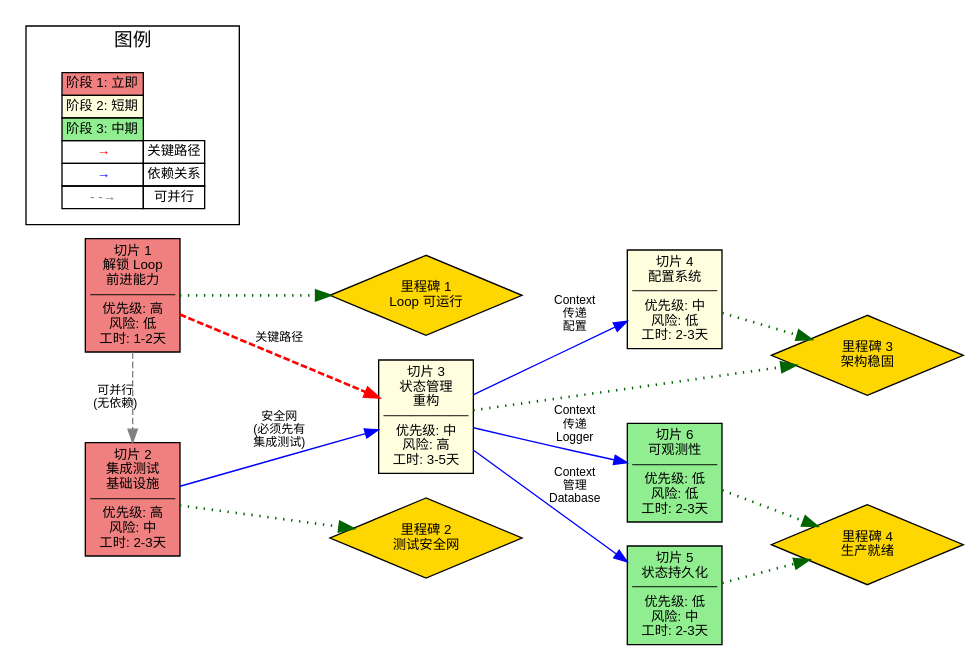
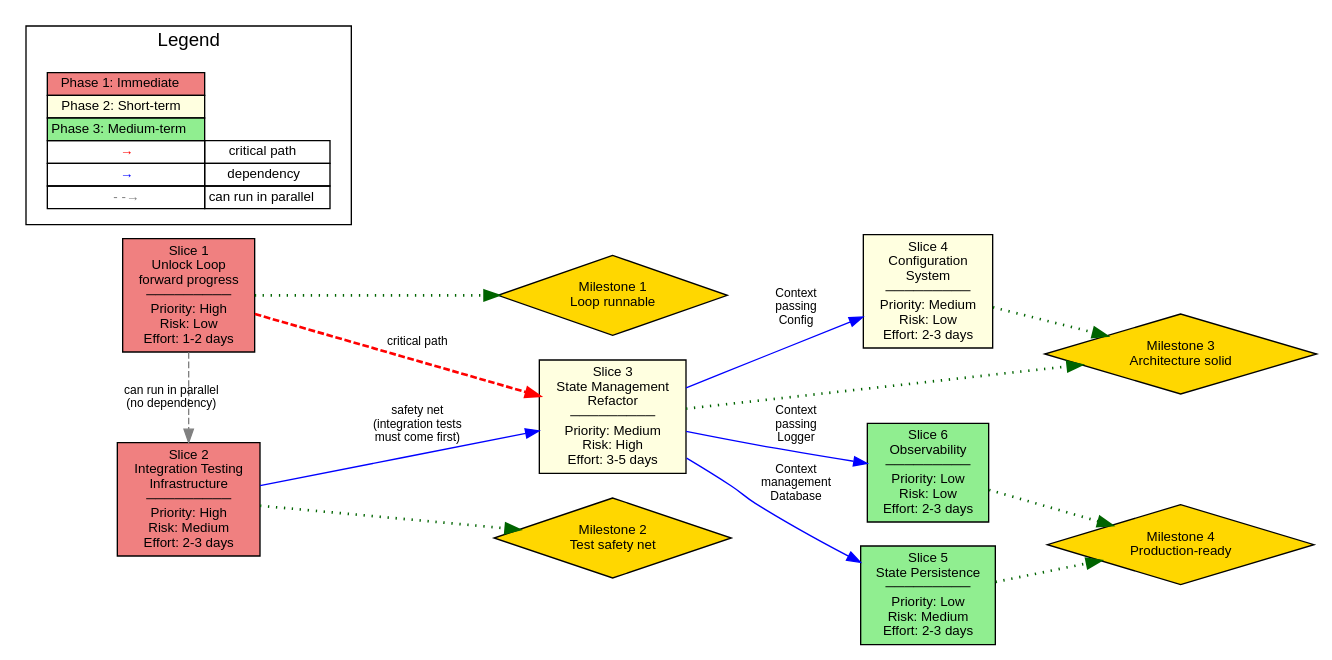
Before and after one commit to riantr/MAKED: the diagram in migration-dependency-graph.dot, drawn with Graphviz. The commit also changed 29 other files, not shown here.

```diff
--- a/migration-dependency-graph.dot
+++ b/migration-dependency-graph.dot
@@ -1,69 +1,69 @@
 digraph migration_dependencies {
   rankdir=LR;
   fontname="Helvetica";
   node [fontname="Helvetica", fontsize=10, shape=box, style=filled];
   edge [fontname="Helvetica", fontsize=9];
   
   // Phase 1: Immediate
   node [fillcolor=lightcoral];
-  slice1 [label="切片 1\n解锁 Loop\n前进能力\n─────────\n优先级: 高\n风险: 低\n工时: 1-2天"];
-  slice2 [label="切片 2\n集成测试\n基础设施\n─────────\n优先级: 高\n风险: 中\n工时: 2-3天"];
+  slice1 [label="Slice 1\nUnlock Loop\nforward progress\n─────────\nPriority: High\nRisk: Low\nEffort: 1-2 days"];
+  slice2 [label="Slice 2\nIntegration Testing\nInfrastructure\n─────────\nPriority: High\nRisk: Medium\nEffort: 2-3 days"];
   
   // Phase 2: Short-term
   node [fillcolor=lightyellow];
-  slice3 [label="切片 3\n状态管理\n重构\n─────────\n优先级: 中\n风险: 高\n工时: 3-5天"];
-  slice4 [label="切片 4\n配置系统\n─────────\n优先级: 中\n风险: 低\n工时: 2-3天"];
+  slice3 [label="Slice 3\nState Management\nRefactor\n─────────\nPriority: Medium\nRisk: High\nEffort: 3-5 days"];
+  slice4 [label="Slice 4\nConfiguration\nSystem\n─────────\nPriority: Medium\nRisk: Low\nEffort: 2-3 days"];
   
   // Phase 3: Medium-term
   node [fillcolor=lightgreen];
-  slice5 [label="切片 5\n状态持久化\n─────────\n优先级: 低\n风险: 中\n工时: 2-3天"];
-  slice6 [label="切片 6\n可观测性\n─────────\n优先级: 低\n风险: 低\n工时: 2-3天"];
+  slice5 [label="Slice 5\nState Persistence\n─────────\nPriority: Low\nRisk: Medium\nEffort: 2-3 days"];
+  slice6 [label="Slice 6\nObservability\n─────────\nPriority: Low\nRisk: Low\nEffort: 2-3 days"];
   
   // Dependencies
   edge [color=blue, style=solid];
-  slice2 -> slice3 [label="安全网\n(必须先有\n集成测试)"];
-  slice3 -> slice4 [label="Context\n传递\n配置"];
-  slice3 -> slice5 [label="Context\n管理\nDatabase"];
-  slice3 -> slice6 [label="Context\n传递\nLogger"];
+  slice2 -> slice3 [label="safety net\n(integration tests\nmust come first)"];
+  slice3 -> slice4 [label="Context\npassing\nConfig"];
+  slice3 -> slice5 [label="Context\nmanagement\nDatabase"];
+  slice3 -> slice6 [label="Context\npassing\nLogger"];
   
   // Parallel paths
   edge [color=gray, style=dashed];
-  slice1 -> slice2 [label="可并行\n(无依赖)", constraint=false];
+  slice1 -> slice2 [label="can run in parallel\n(no dependency)", constraint=false];
   
   // Critical path
   edge [color=red, penwidth=2];
-  slice1 -> slice3 [label="关键路径", constraint=false];
+  slice1 -> slice3 [label="critical path", constraint=false];
   
   // Milestones
   node [shape=diamond, fillcolor=gold, width=2];
-  m1 [label="里程碑 1\nLoop 可运行"];
-  m2 [label="里程碑 2\n测试安全网"];
-  m3 [label="里程碑 3\n架构稳固"];
-  m4 [label="里程碑 4\n生产就绪"];
+  m1 [label="Milestone 1\nLoop runnable"];
+  m2 [label="Milestone 2\nTest safety net"];
+  m3 [label="Milestone 3\nArchitecture solid"];
+  m4 [label="Milestone 4\nProduction-ready"];
   
   edge [style=dotted, color=darkgreen];
   slice1 -> m1;
   slice2 -> m2;
   slice3 -> m3;
   slice4 -> m3;
   slice5 -> m4;
   slice6 -> m4;
   
   // Legend
   subgraph cluster_legend {
-    label="图例";
+    label="Legend";
     style=solid;
     
     node [shape=plaintext, fillcolor=white];
     legend [label=<
       <table border="0" cellborder="1" cellspacing="0">
-        <tr><td bgcolor="lightcoral">阶段 1: 立即</td></tr>
-        <tr><td bgcolor="lightyellow">阶段 2: 短期</td></tr>
-        <tr><td bgcolor="lightgreen">阶段 3: 中期</td></tr>
-        <tr><td><font color="red">→</font></td><td>关键路径</td></tr>
-        <tr><td><font color="blue">→</font></td><td>依赖关系</td></tr>
-        <tr><td><font color="gray">- -→</font></td><td>可并行</td></tr>
+        <tr><td bgcolor="lightcoral">Phase 1: Immediate</td></tr>
+        <tr><td bgcolor="lightyellow">Phase 2: Short-term</td></tr>
+        <tr><td bgcolor="lightgreen">Phase 3: Medium-term</td></tr>
+        <tr><td><font color="red">→</font></td><td>critical path</td></tr>
+        <tr><td><font color="blue">→</font></td><td>dependency</td></tr>
+        <tr><td><font color="gray">- -→</font></td><td>can run in parallel</td></tr>
       </table>
     >];
   }
 }
```
